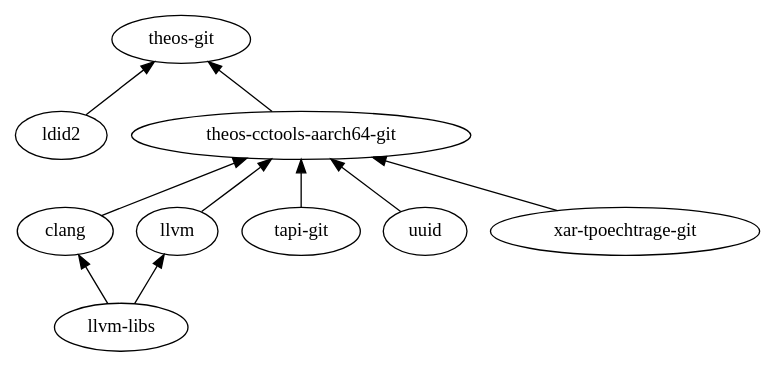
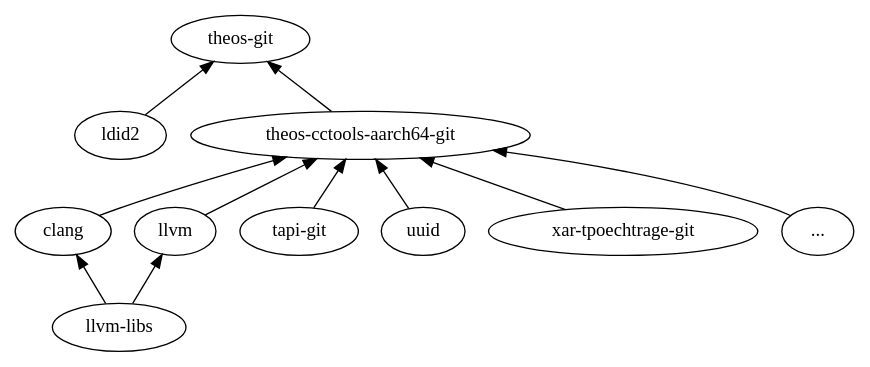
Before and after one commit to Un1Gfn-obj/ios: the diagram in theos.dot, drawn with Graphviz. The commit also changed 2 other files, not shown here.

```diff
--- a/theos.dot
+++ b/theos.dot
@@ -1,13 +1,14 @@
 // dot -Tsvg -s72 theos.dot >theos.svg
 strict digraph Theos {
   rankdir=BT;
   {
     "clang"
     "llvm"
     "tapi-git"
     "uuid"
     "xar-tpoechtrage-git"
+    "..."
   } -> "theos-cctools-aarch64-git" -> "theos-git";
   "ldid2" -> "theos-git";
   "llvm-libs" -> { "clang" "llvm" };
 }
```
